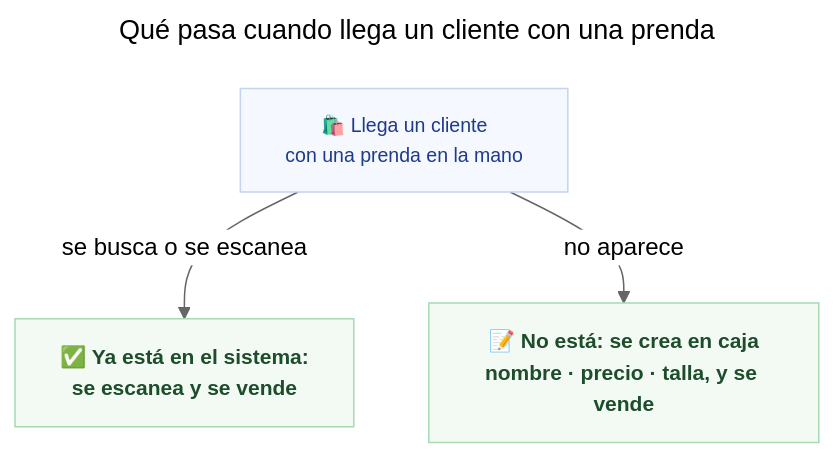
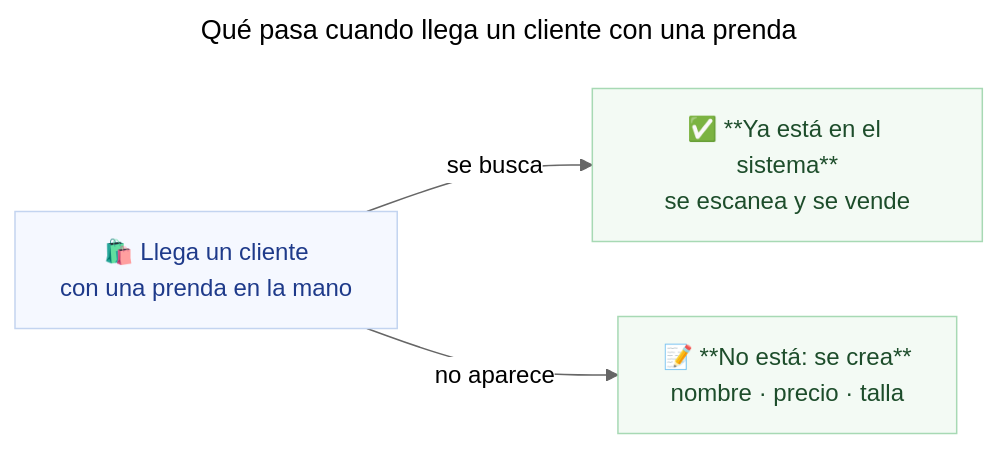
One commit to sotobotero/sotobotero-projects-docs changed the first of 2 diagrams in ada/qa/INVENTORY_ONBOARDING_STRATEGY.md. Above: the diagram before and after it, drawn with Mermaid (neutral theme). The commit also changed other lines of this file and 6 other files, not shown here.

````diff
--- a/ada/qa/INVENTORY_ONBOARDING_STRATEGY.md
+++ b/ada/qa/INVENTORY_ONBOARDING_STRATEGY.md
@@ -20,15 +20,15 @@
 ```mermaid
 ---
 title: Qué pasa cuando llega un cliente con una prenda
 ---
-flowchart TB
+flowchart LR
     C["🛍️ Llega un cliente<br/>con una prenda en la mano"]:::contexto
-    E["✅ Ya está en el sistema:<br/>se escanea y se vende"]:::paso
-    N["📝 No está: se crea en caja<br/>nombre · precio · talla, y se vende"]:::paso
+    E["✅ **Ya está en el sistema**<br/>se escanea y se vende"]:::paso
+    N["📝 **No está: se crea**<br/>nombre · precio · talla"]:::paso
 
-    C -->|"se busca o se escanea"| E
+    C -->|"se busca"| E
     C -->|"no aparece"| N
 
-    classDef contexto fill:#f5f8ff,stroke:#c3d4f0,stroke-width:1px,color:#1e3a8a,font-size:13px
-    classDef paso fill:#f3faf4,stroke:#a7d9b4,stroke-width:1px,color:#1d4d2b,font-size:14px,font-weight:600
+    classDef contexto fill:#f5f8ff,stroke:#c3d4f0,stroke-width:1px,color:#1e3a8a
+    classDef paso fill:#f3faf4,stroke:#a7d9b4,stroke-width:1px,color:#1d4d2b
 ```
````
